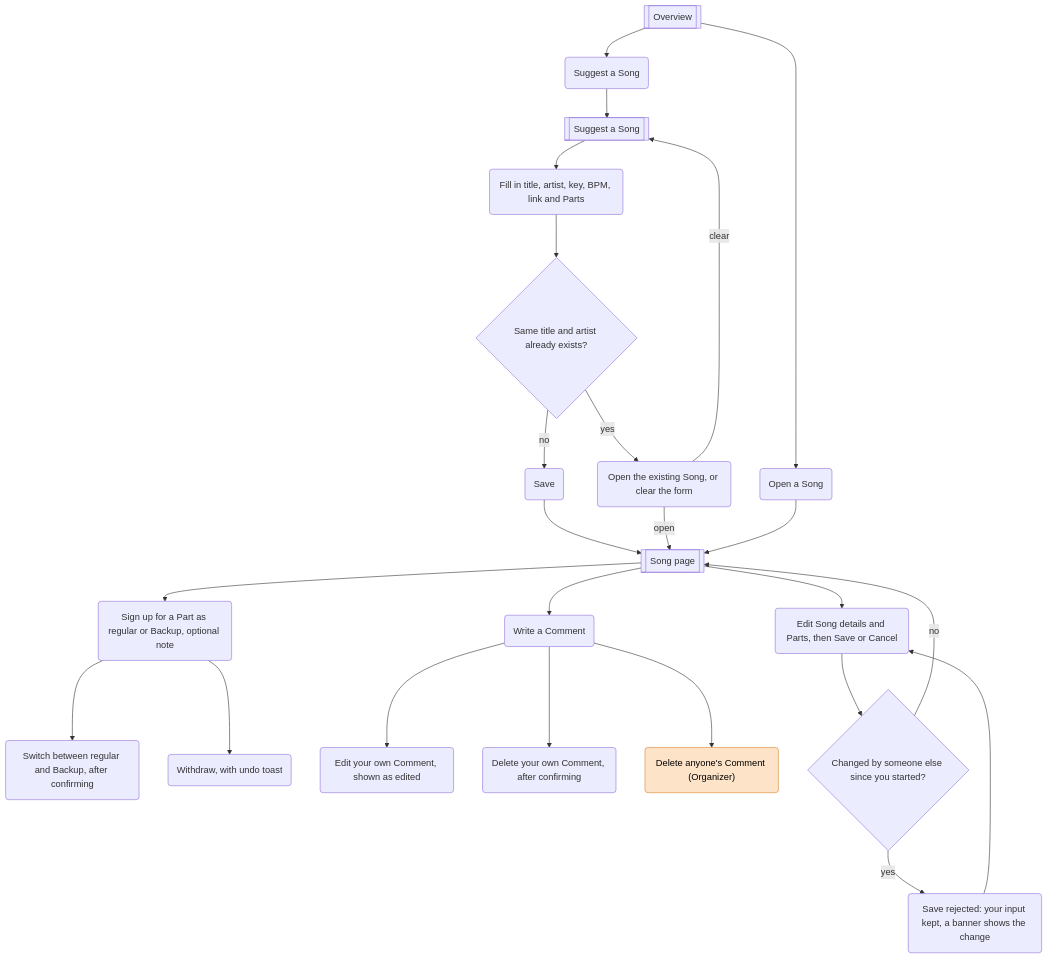
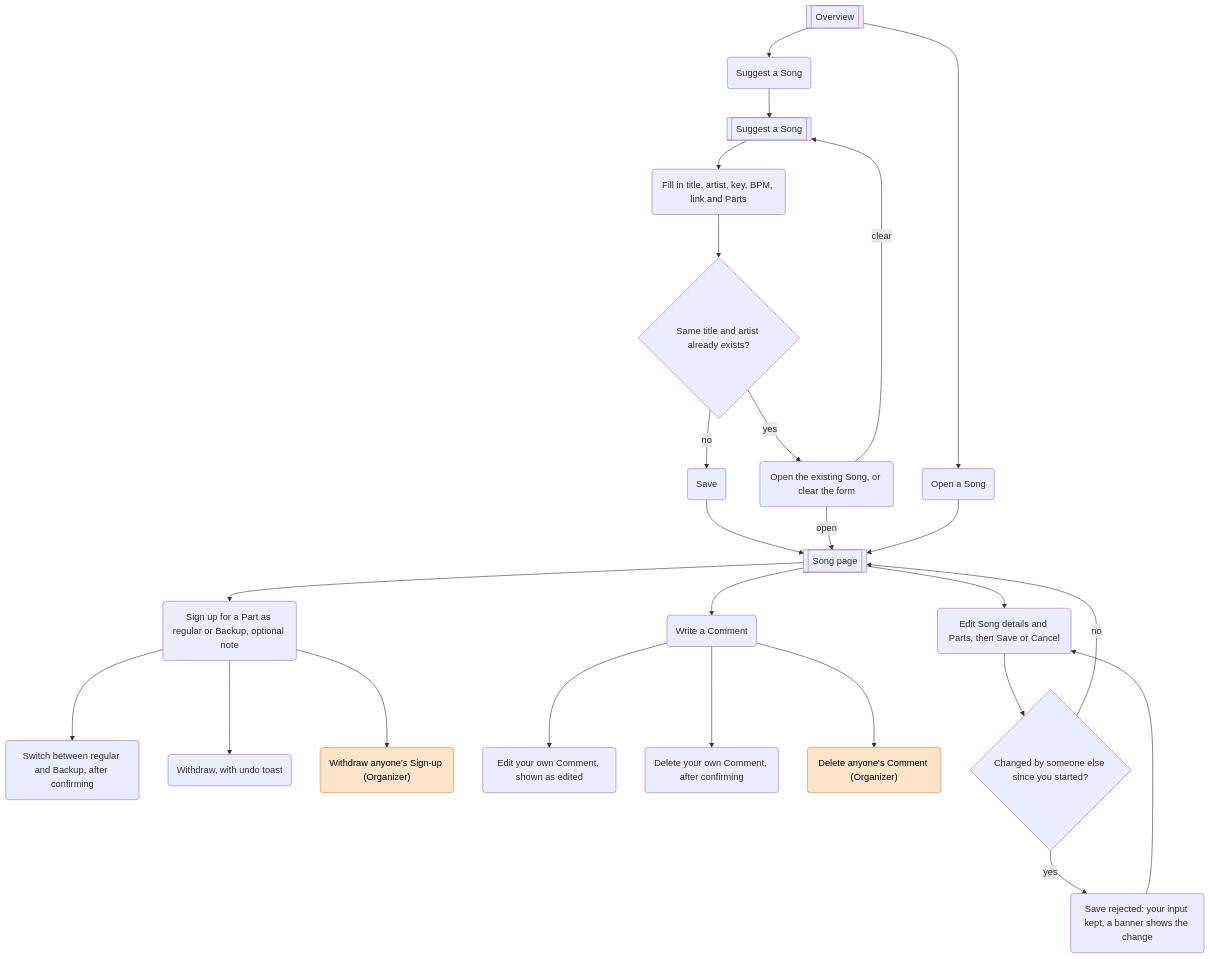
One commit to fekko-dev/musialize changed the third of 6 diagrams in docs/product/journeys.md. Above: the diagram before and after it, drawn with Mermaid. The commit also changed other lines of this file and 1 other file, not shown here.

First line of the commit message:
docs: map pilot must-haves to screens and list Organizer-only actions

````diff
--- a/docs/product/journeys.md
+++ b/docs/product/journeys.md
@@ -48,29 +48,30 @@
 ```mermaid
 flowchart TD
     O[[Overview]] --> N0(Suggest a Song)
     O --> P0(Open a Song)
     N0 --> N[[Suggest a Song]]
     N --> N1(Fill in title, artist, key, BPM, link and Parts)
     N1 --> DC{Same title and artist already exists?}
     DC -- yes --> DX(Open the existing Song, or clear the form)
     DX -- clear --> N
     DC -- no --> SV(Save)
     SV --> P[[Song page]]
     DX -- open --> P
     P0 --> P
 
     P --> SU("Sign up for a Part as regular or Backup, optional note")
     SU --> SR(Switch between regular and Backup, after confirming)
     SU --> W(Withdraw, with undo toast)
+    SU --> WO("Withdraw anyone's Sign-up (Organizer)"):::org
     P --> CM(Write a Comment)
     CM --> CE(Edit your own Comment, shown as edited)
     CM --> CD(Delete your own Comment, after confirming)
     CM --> CA("Delete anyone's Comment (Organizer)"):::org
     P --> ED(Edit Song details and Parts, then Save or Cancel)
     ED --> CF{Changed by someone else since you started?}
     CF -- no --> P
     CF -- yes --> RJ(Save rejected: your input kept, a banner shows the change)
     RJ --> ED
 
     classDef org fill:#fde3c8,stroke:#d9822b,color:#000
 ```
````
